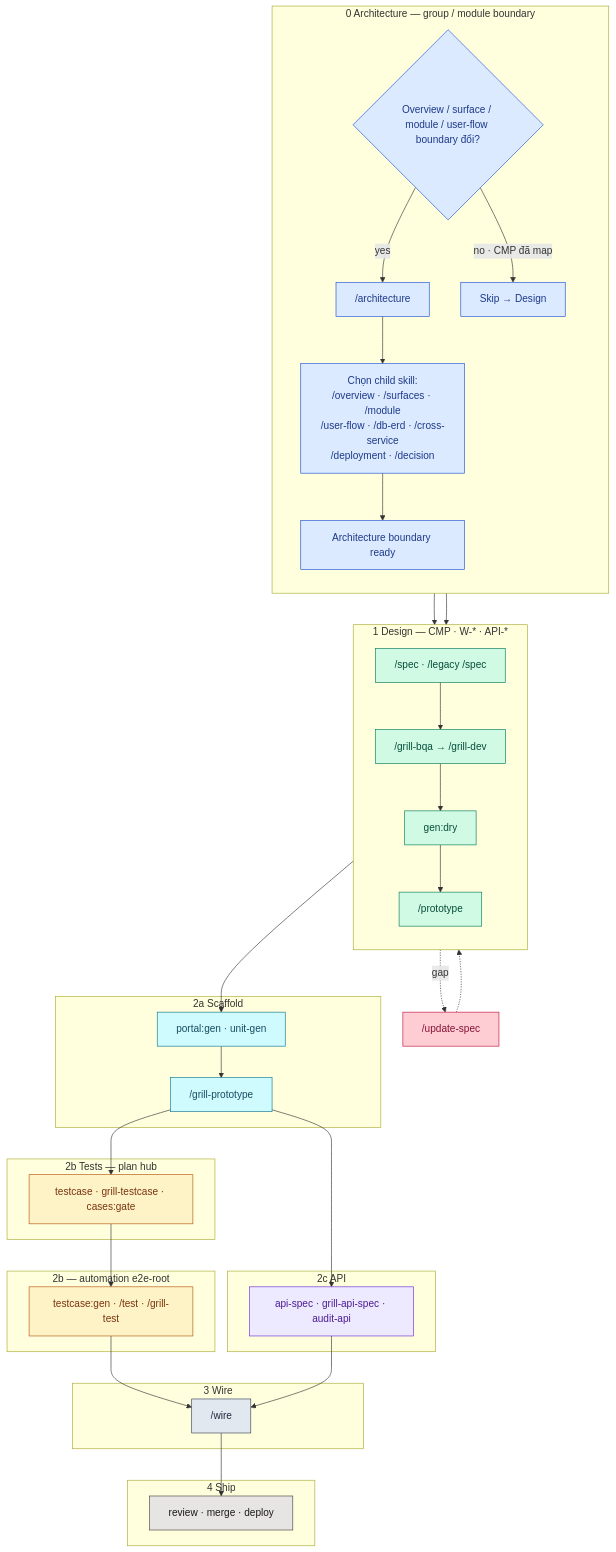
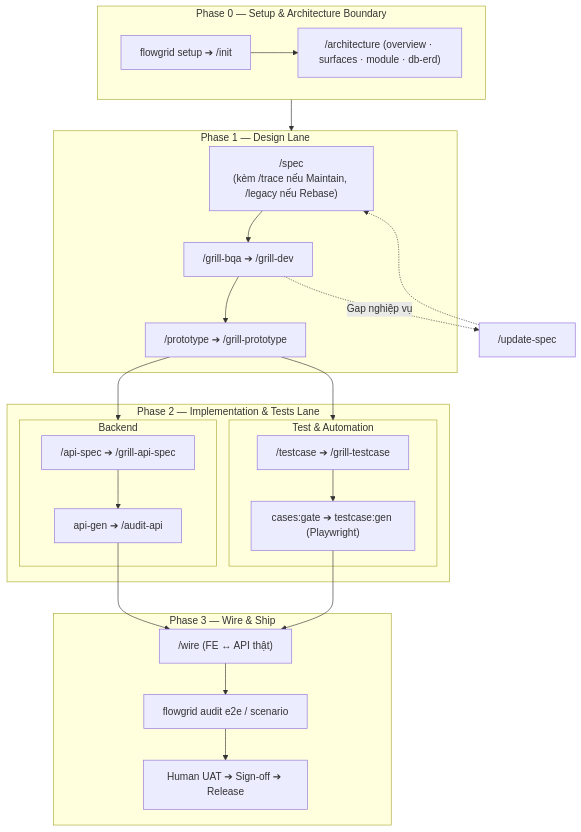
Before and after one commit to ShanYuCoder/flowgrid-docs: the diagram in workflows/index.md, drawn with Mermaid. The commit also changed other lines of this file and 27 other files, not shown here.

Commit message:
docs: streamline SSOT documentation, update Arc42 architecture, and sync new skills

````diff
--- a/workflows/index.md
+++ b/workflows/index.md
@@ -128,82 +23,45 @@
 ```mermaid
 flowchart TD
-  subgraph P0["0 Architecture — group / module boundary"]
-    direction TB
-    NEED{"Overview / surface / module / user-flow boundary đổi?"}
-    ARC["/architecture"]
-    ROUTE["Chọn child skill:<br/>/overview · /surfaces · /module<br/>/user-flow · /db-erd · /cross-service<br/>/deployment · /decision"]
-    READY["Architecture boundary ready"]
-    NEED -->|yes| ARC --> ROUTE
-    ROUTE --> READY
-    NEED -->|no · CMP đã map| SKIP["Skip → Design"]
+  subgraph P0["Phase 0 — Setup & Architecture Boundary"]
+    INIT["flowgrid setup ➔ /init"]
+    ARC["/architecture (overview · surfaces · module · db-erd)"]
+    INIT --> ARC
   end
 
-  subgraph P1["1 Design — CMP · W-* · API-*"]
-    direction TB
-    SPEC["/spec · /legacy /spec"]
-    GRILL["/grill-bqa → /grill-dev"]
-    DRY["gen:dry"]
-    PROTO["/prototype"]
-    SPEC --> GRILL --> DRY --> PROTO
+  subgraph P1["Phase 1 — Design Lane"]
+    SPEC["/spec<br/>(kèm /trace nếu Maintain, /legacy nếu Rebase)"]
+    GRILL["/grill-bqa ➔ /grill-dev"]
+    PROTO["/prototype ➔ /grill-prototype"]
+    SPEC --> GRILL --> PROTO
   end
 
-  subgraph P2A["2a Scaffold"]
-    GEN["portal:gen · unit-gen"]
-    GPRO["/grill-prototype"]
-    GEN --> GPRO
+  subgraph P2["Phase 2 — Implementation & Tests Lane"]
+    subgraph P2_BE["Backend"]
+      API_SPEC["/api-spec ➔ /grill-api-spec"]
+      API_GEN["api-gen ➔ /audit-api"]
+      API_SPEC --> API_GEN
+    end
+    subgraph P2_TEST["Test & Automation"]
+      TC["/testcase ➔ /grill-testcase"]
+      E2E["cases:gate ➔ testcase:gen (Playwright)"]
+      TC --> E2E
+    end
   end
 
-  subgraph P2B["2b Tests — plan hub"]
-    TEST["testcase · grill-testcase · cases:gate"]
+  subgraph P3["Phase 3 — Wire & Ship"]
+    WIRE["/wire (FE ↔ API thật)"]
+    AUDIT["flowgrid audit e2e / scenario"]
+    SHIP["Human UAT ➔ Sign-off ➔ Release"]
+    WIRE --> AUDIT --> SHIP
   end
 
-  subgraph P2B2["2b — automation e2e-root"]
-    E2E["testcase:gen · /test · /grill-test"]
-  end
-
-  subgraph P2C["2c API"]
-    API["api-spec · grill-api-spec · audit-api"]
-  end
-
-  subgraph P3["3 Wire"]
-    WIRE["/wire"]
-  end
-
-  subgraph P4["4 Ship"]
-    SHIP["review · merge · deploy"]
-  end
-
-  READY --> SPEC
-  SKIP --> SPEC
-  PROTO --> GEN
-  GPRO --> TEST
-  GPRO --> API
-  TEST --> E2E
+  P0 --> P1
+  PROTO --> P2_BE
+  PROTO --> P2_TEST
+  API_GEN --> WIRE
   E2E --> WIRE
-  API --> WIRE
-  WIRE --> SHIP
 
   US["/update-spec"]
-  GRILL -.->|gap| US
+  GRILL -.->|Gap nghiệp vụ| US
   US -.-> SPEC
-
-  classDef p0 fill:#DBEAFE,stroke:#1D4ED8,color:#1E3A8A
-  classDef p0d fill:#93C5FD,stroke:#1E40AF,color:#1E3A8A
-  classDef p1 fill:#D1FAE5,stroke:#047857,color:#064E3B
-  classDef p2a fill:#CFFAFE,stroke:#0E7490,color:#164E63
-  classDef p2b fill:#FEF3C7,stroke:#B45309,color:#78350F
-  classDef p2c fill:#EDE9FE,stroke:#6D28D9,color:#4C1D95
-  classDef p3 fill:#E2E8F0,stroke:#334155,color:#1E293B
-  classDef p4 fill:#E7E5E4,stroke:#44403C,color:#1C1917
-  classDef gap fill:#FECDD3,stroke:#BE123C,color:#881337
-
-  class NEED,ARC,ROUTE,READY,SKIP p0
-  class SPEC,GRILL,DRY,PROTO p1
-  class GEN,GPRO p2a
-  class TEST p2b
-  class E2E p2b
-  class API p2c
-  class WIRE p3
-  class SHIP p4
-  class US gap
 ```
````
